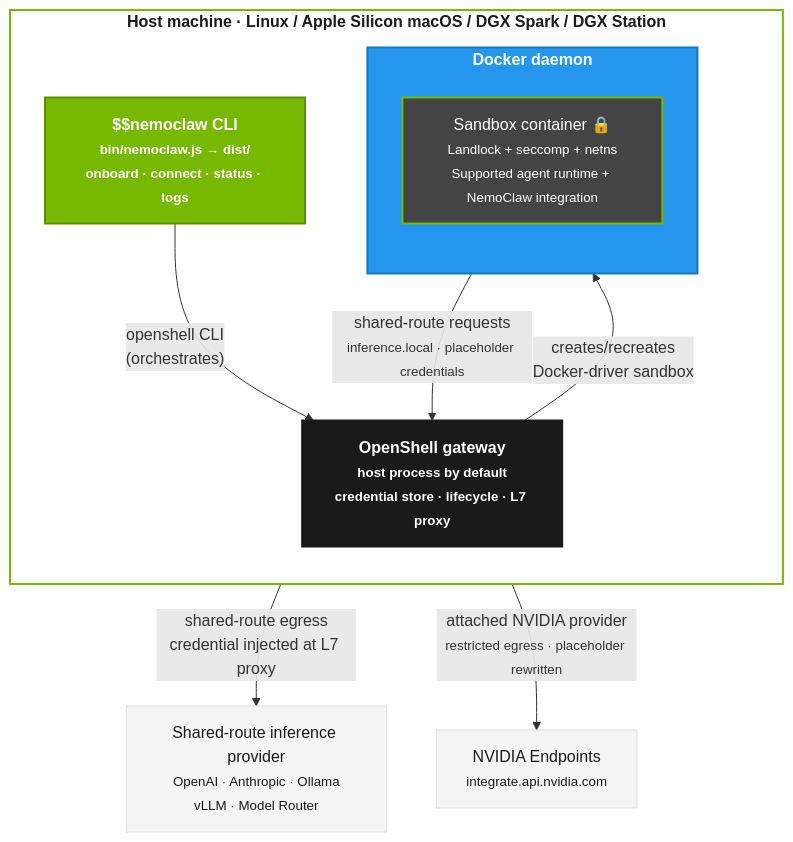
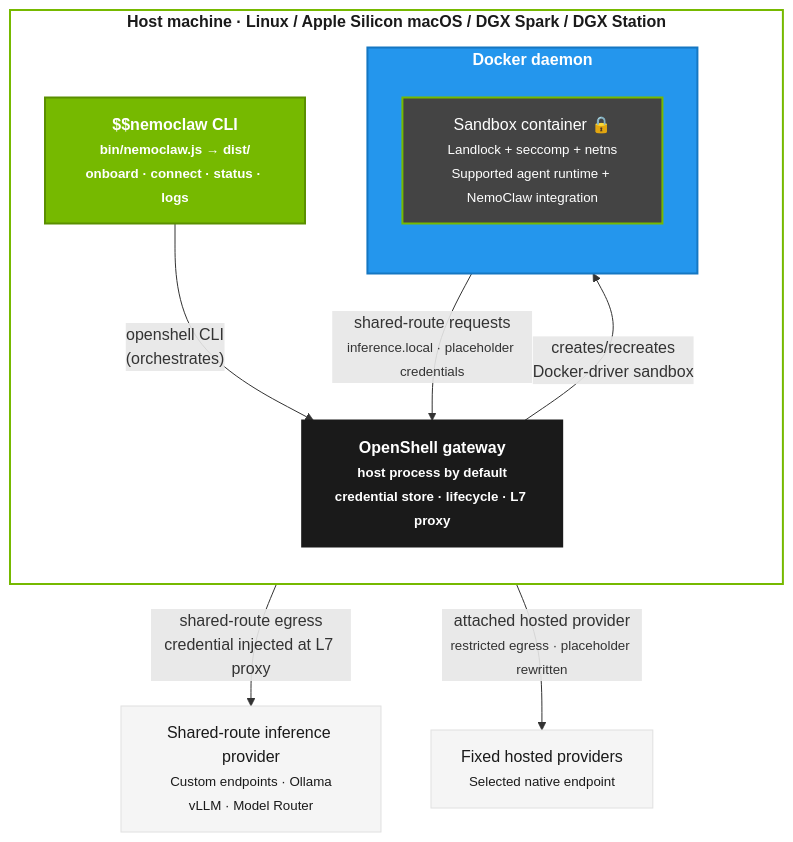
One commit to NVIDIA/NemoClaw changed the second of 3 diagrams in docs/reference/architecture.mdx. Above: the diagram before and after it, drawn with Mermaid. The commit also changed other lines of this file and 18 other files, not shown here.

Commit message:
docs(inference): align fixed hosted routing guidance

````diff
--- a/docs/reference/architecture.mdx
+++ b/docs/reference/architecture.mdx
@@ -154,34 +154,34 @@
 ```mermaid
 graph TB
     classDef host fill:#fff,stroke:#76b900,stroke-width:2px,color:#1a1a1a,font-weight:bold
     classDef cli fill:#76b900,stroke:#5a8f00,color:#fff,stroke-width:2px,font-weight:bold
     classDef docker fill:#2496ed,stroke:#1577c2,color:#fff,stroke-width:2px,font-weight:bold
     classDef gateway fill:#1a1a1a,stroke:#1a1a1a,color:#fff,stroke-width:2px,font-weight:bold
     classDef sandbox fill:#444,stroke:#76b900,color:#fff,stroke-width:2px
     classDef external fill:#f5f5f5,stroke:#e0e0e0,color:#1a1a1a,stroke-width:1px
 
     subgraph HOST["Host machine · Linux / Apple Silicon macOS / DGX Spark / DGX Station"]
         direction TB
         CLI["$$nemoclaw CLI<br/><small>bin/nemoclaw.js → dist/<br/>onboard · connect · status · logs</small>"]:::cli
         GW["OpenShell gateway<br/><small>host process by default<br/>credential store · lifecycle · L7 proxy</small>"]:::gateway
 
         subgraph DOCKER["Docker daemon"]
             direction TB
             SANDBOX["Sandbox container 🔒<br/><small>Landlock + seccomp + netns<br/>Supported agent runtime + NemoClaw integration</small>"]:::sandbox
         end
     end
 
-    SHARED_INFER["Shared-route inference provider<br/><small>OpenAI · Anthropic · Ollama<br/>vLLM · Model Router</small>"]:::external
-    NVIDIA_INFER["NVIDIA Endpoints<br/><small>integrate.api.nvidia.com</small>"]:::external
+    SHARED_INFER["Shared-route inference provider<br/><small>Custom endpoints · Ollama<br/>vLLM · Model Router</small>"]:::external
+    HOSTED_INFER["Fixed hosted providers<br/><small>Selected native endpoint</small>"]:::external
 
     CLI -->|"openshell CLI<br/>(orchestrates)"| GW
     GW -->|"creates/recreates<br/>Docker-driver sandbox"| SANDBOX
     SANDBOX -->|"shared-route requests<br/><small>inference.local · placeholder credentials</small>"| GW
     GW -->|"shared-route egress<br/>credential injected at L7 proxy"| SHARED_INFER
-    SANDBOX -->|"attached NVIDIA provider<br/><small>restricted egress · placeholder rewritten</small>"| NVIDIA_INFER
+    SANDBOX -->|"attached hosted provider<br/><small>restricted egress · placeholder rewritten</small>"| HOSTED_INFER
 
     class HOST host
     class DOCKER docker
     class GW gateway
     class SANDBOX sandbox
 ```
````
